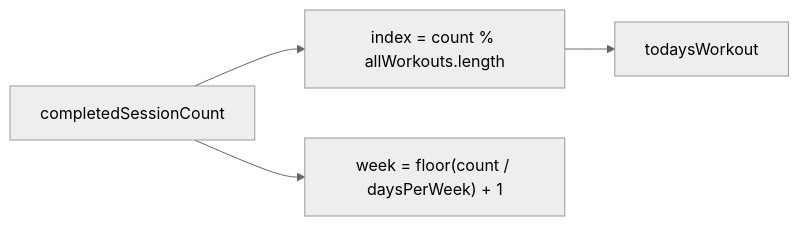
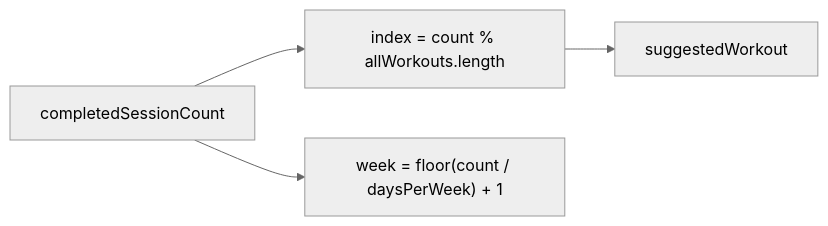
Before and after one commit to jermbo/CosmicWorkOut: the sixth of 6 diagrams in docs/architecture/overview.md, drawn with Mermaid (neutral theme). The commit also changed other lines of this file and 97 other files, not shown here.

````diff
--- a/docs/architecture/overview.md
+++ b/docs/architecture/overview.md
@@ -114,6 +134,6 @@
 ```mermaid
 flowchart LR
     SC["completedSessionCount"] --> IDX["index = count % allWorkouts.length"]
-    IDX --> TW["todaysWorkout"]
+    IDX --> TW["suggestedWorkout"]
     SC --> WK["week = floor(count / daysPerWeek) + 1"]
 ```
````
